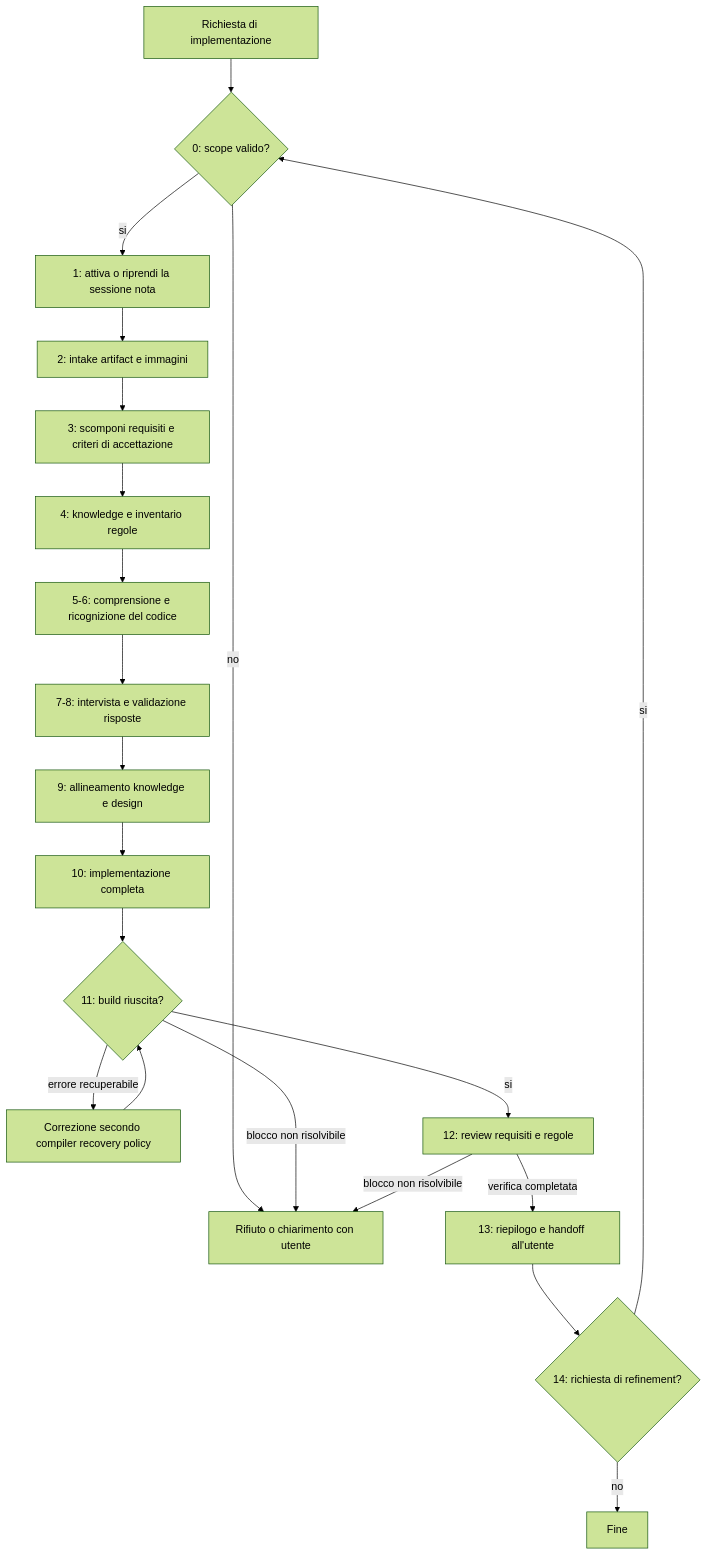
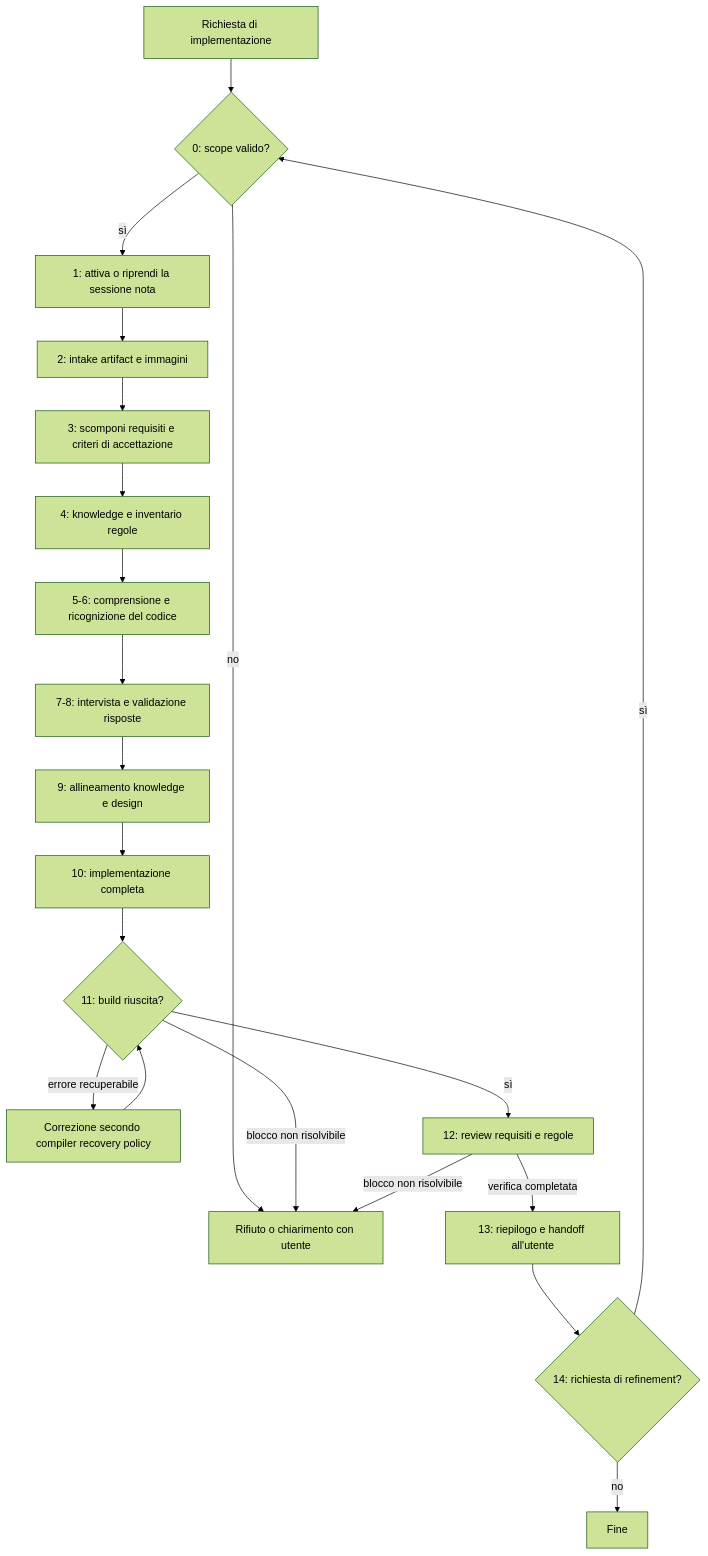
The diagram in role-maps/agents/direct-implementor.md (violabg/agentic-system-lessons), drawn with Mermaid (forest theme) before and after one commit. The commit also changed other lines of this file and 51 other files, not shown here.

````diff
--- a/role-maps/agents/direct-implementor.md
+++ b/role-maps/agents/direct-implementor.md
@@ -21,23 +23,23 @@
 ```mermaid
 flowchart TD
     Input[Richiesta di implementazione] --> G0{0: scope valido?}
     G0 -->|no| Stop[Rifiuto o chiarimento con utente]
-    G0 -->|si| G1[1: attiva o riprendi la sessione nota]
+    G0 -->|sì| G1[1: attiva o riprendi la sessione nota]
     G1 --> G2[2: intake artifact e immagini]
     G2 --> G3[3: scomponi requisiti e criteri di accettazione]
     G3 --> G4[4: knowledge e inventario regole]
     G4 --> G5[5-6: comprensione e ricognizione del codice]
     G5 --> G7[7-8: intervista e validazione risposte]
     G7 --> G9[9: allineamento knowledge e design]
     G9 --> G10[10: implementazione completa]
     G10 --> G11{11: build riuscita?}
     G11 -->|errore recuperabile| Fix[Correzione secondo compiler recovery policy]
     Fix --> G11
     G11 -->|blocco non risolvibile| Stop
-    G11 -->|si| G12[12: review requisiti e regole]
+    G11 -->|sì| G12[12: review requisiti e regole]
     G12 -->|blocco non risolvibile| Stop
     G12 -->|verifica completata| G13[13: riepilogo e handoff all'utente]
     G13 --> G14{14: richiesta di refinement?}
-    G14 -->|si| G0
+    G14 -->|sì| G0
     G14 -->|no| End[Fine]
 ```
````
